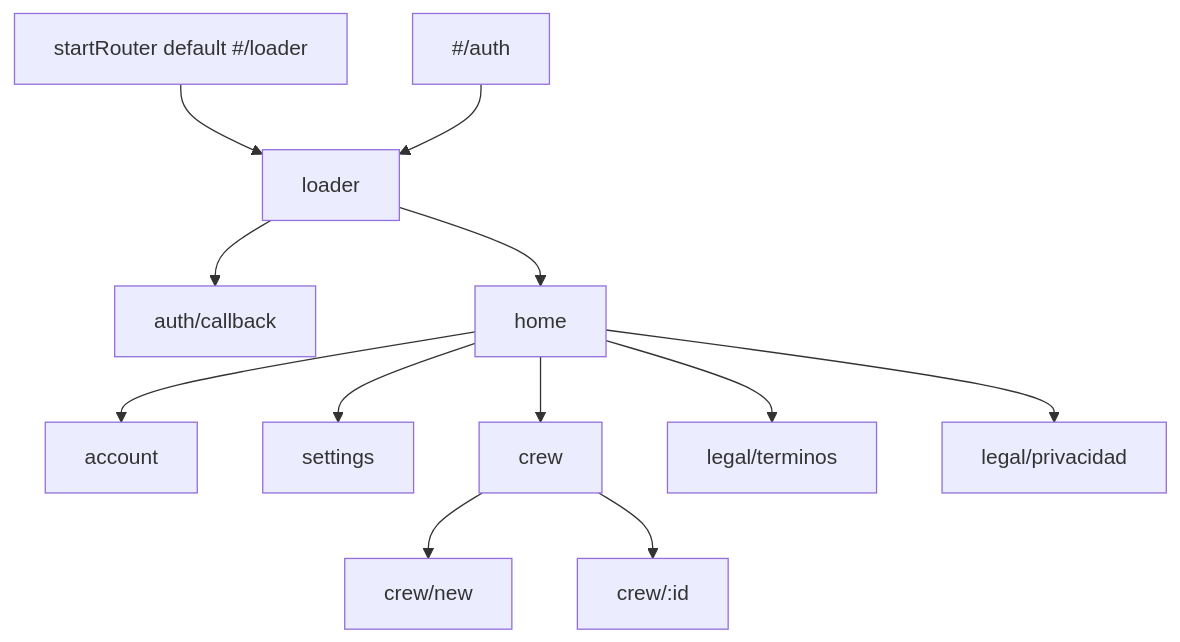
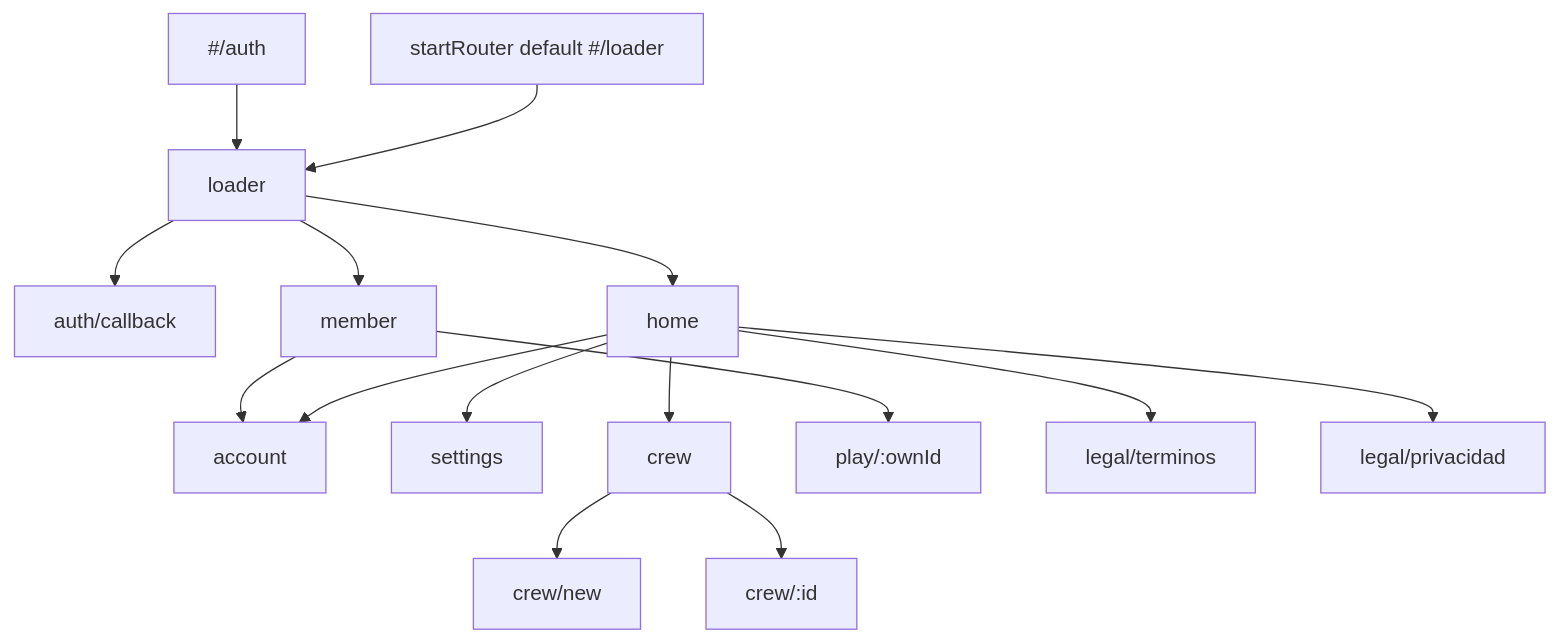
Before and after one commit to KuiperBelt-PRO/kidepik: the first of 2 diagrams in .cursor/diagrams/07-routing-navigation.md, drawn with Mermaid. The commit also changed other lines of this file and 85 other files, not shown here.

````diff
--- a/.cursor/diagrams/07-routing-navigation.md
+++ b/.cursor/diagrams/07-routing-navigation.md
@@ -8,14 +8,17 @@
 ```mermaid
 flowchart TB
   Boot[startRouter default #/loader] --> L[loader]
   AuthHash["#/auth"] --> L
   L --> CB[auth/callback]
   L --> Home[home]
+  L --> Member[member]
   Home --> Acc[account]
   Home --> Set[settings]
   Home --> Crew[crew]
+  Member --> Acc
+  Member --> PlayMember["play/:ownId"]
   Crew --> CrewNew[crew/new]
   Crew --> CrewId[crew/:id]
   Home --> LegT[legal/terminos]
   Home --> LegP[legal/privacidad]
 ```
````
